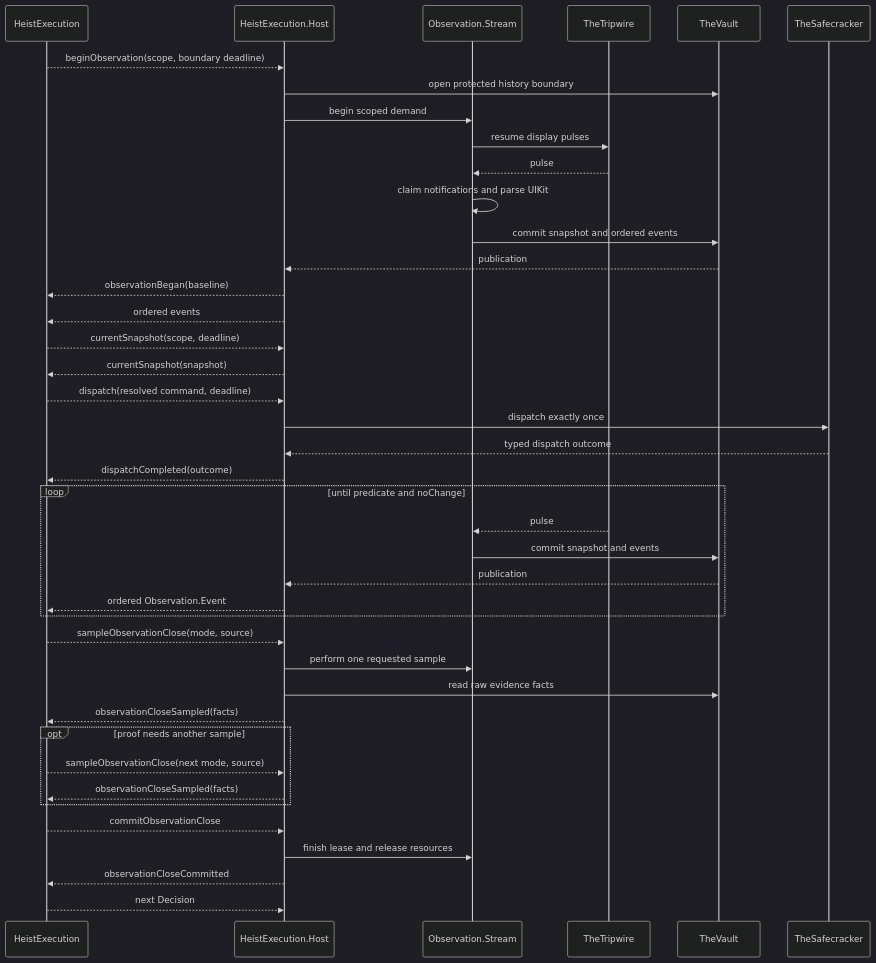
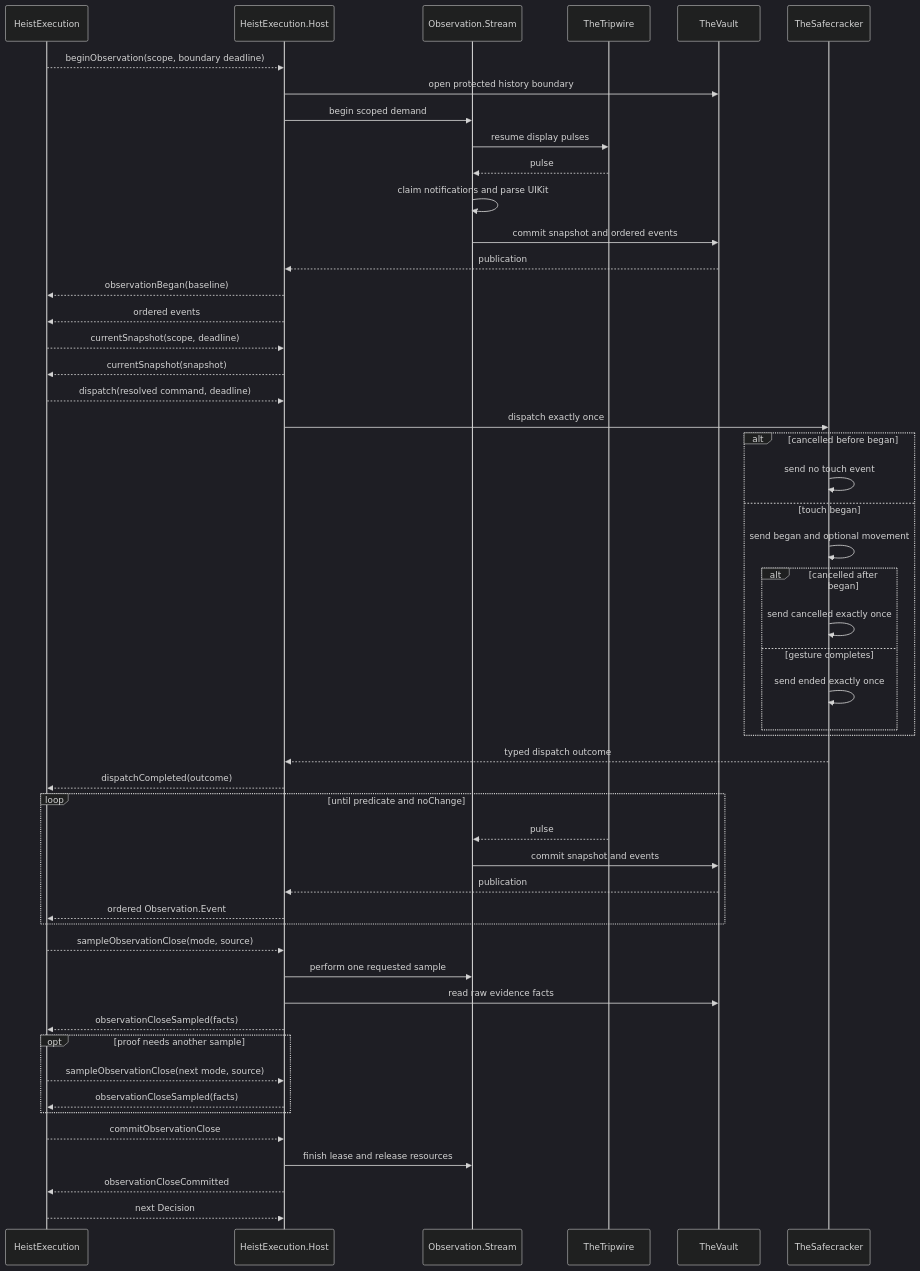
One commit to RoyalPineapple/TheButtonHeist changed the diagram in docs/diagrams/action-pipeline.md. Above: the diagram before and after it, drawn with Mermaid (dark theme). The commit also changed other lines of this file and 45 other files, not shown here.

````diff
--- a/docs/diagrams/action-pipeline.md
+++ b/docs/diagrams/action-pipeline.md
@@ -17,44 +17,54 @@
 ```mermaid
 sequenceDiagram
     participant Execution as HeistExecution
     participant Host as HeistExecution.Host
     participant Stream as Observation.Stream
     participant Tripwire as TheTripwire
     participant Vault as TheVault
     participant Safecracker as TheSafecracker
 
     Execution-->>Host: beginObservation(scope, boundary deadline)
     Host->>Vault: open protected history boundary
     Host->>Stream: begin scoped demand
     Stream->>Tripwire: resume display pulses
     Tripwire-->>Stream: pulse
     Stream->>Stream: claim notifications and parse UIKit
     Stream->>Vault: commit snapshot and ordered events
     Vault-->>Host: publication
     Host-->>Execution: observationBegan(baseline)
     Host-->>Execution: ordered events
     Execution-->>Host: currentSnapshot(scope, deadline)
     Host-->>Execution: currentSnapshot(snapshot)
     Execution-->>Host: dispatch(resolved command, deadline)
     Host->>Safecracker: dispatch exactly once
+    alt cancelled before began
+        Safecracker->>Safecracker: send no touch event
+    else touch began
+        Safecracker->>Safecracker: send began and optional movement
+        alt cancelled after began
+            Safecracker->>Safecracker: send cancelled exactly once
+        else gesture completes
+            Safecracker->>Safecracker: send ended exactly once
+        end
+    end
     Safecracker-->>Host: typed dispatch outcome
     Host-->>Execution: dispatchCompleted(outcome)
     loop until predicate and noChange
         Tripwire-->>Stream: pulse
         Stream->>Vault: commit snapshot and events
         Vault-->>Host: publication
         Host-->>Execution: ordered Observation.Event
     end
     Execution-->>Host: sampleObservationClose(mode, source)
     Host->>Stream: perform one requested sample
     Host->>Vault: read raw evidence facts
     Host-->>Execution: observationCloseSampled(facts)
     opt proof needs another sample
         Execution-->>Host: sampleObservationClose(next mode, source)
         Host-->>Execution: observationCloseSampled(facts)
     end
     Execution-->>Host: commitObservationClose
     Host->>Stream: finish lease and release resources
     Host-->>Execution: observationCloseCommitted
     Execution-->>Host: next Decision
 ```
````
